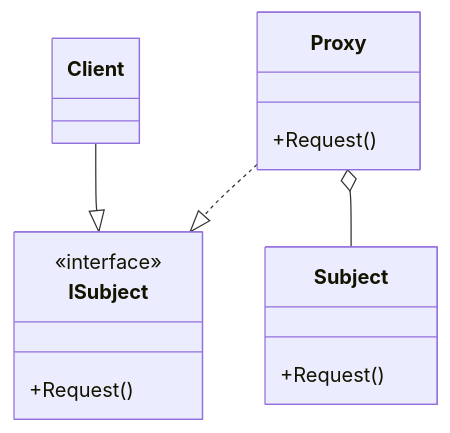
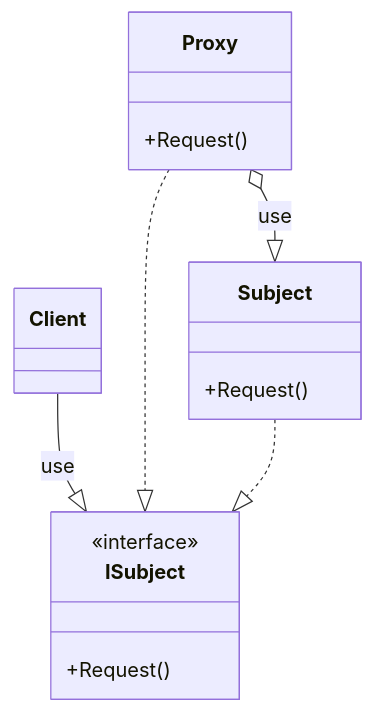
Before and after one commit to maherme/design_patterns: the first of 2 diagrams in 03_proxy/README.md, drawn with Mermaid.

````diff
--- a/03_proxy/README.md
+++ b/03_proxy/README.md
@@ -6,17 +6,18 @@
 ```mermaid
   classDiagram
     class Client
     class ISubject{
       <<interface>>
       +Request()
     }
     class Proxy{
       +Request()
     }
     class Subject{
       +Request()
     }
-    Client --|> ISubject
+    Client --|> ISubject : use
     Proxy ..|> ISubject
-    Proxy o-- Subject
+    Proxy o--|> Subject : use
+    Subject ..|> ISubject
 ```
````
